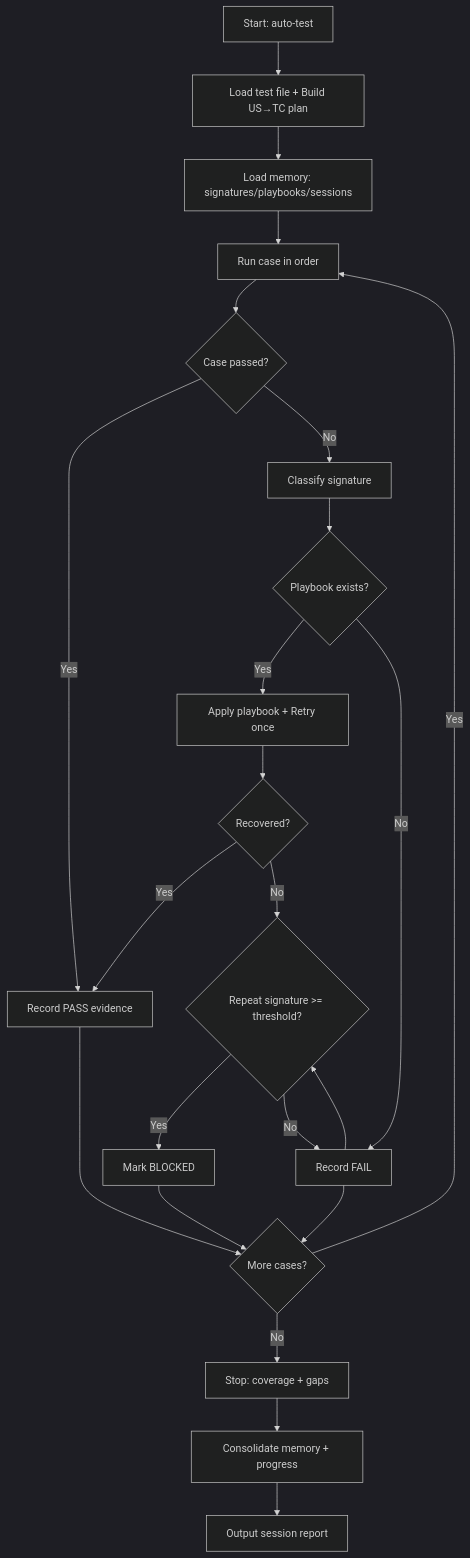
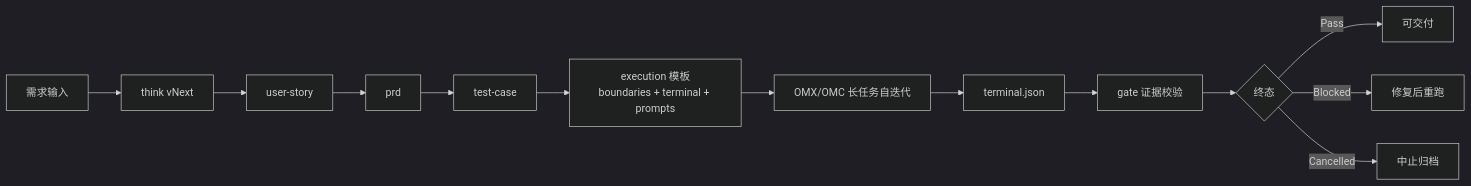
One commit to justin-mc-lai/product-toolkit changed the diagram in README.md. Above: the diagram before and after it, drawn with Mermaid (dark theme). The commit also changed other lines of this file, not shown here.

````diff
--- a/README.md
+++ b/README.md
@@ -141,25 +83,15 @@
 ```mermaid
-flowchart TD
-    A[Start: auto-test] --> B[Load test file + Build US→TC plan]
-    B --> C[Load memory: signatures/playbooks/sessions]
-    C --> D[Run case in order]
-    D --> E{Case passed?}
-    E -- Yes --> F[Record PASS evidence]
-    E -- No --> G[Classify signature]
-    G --> H{Playbook exists?}
-    H -- Yes --> I[Apply playbook + Retry once]
-    H -- No --> J[Record FAIL]
-    I --> K{Recovered?}
-    K -- Yes --> F
-    K -- No --> L{Repeat signature >= threshold?}
-    J --> L
-    L -- Yes --> M[Mark BLOCKED]
-    L -- No --> J
-    F --> N{More cases?}
-    M --> N
-    J --> N
-    N -- Yes --> D
-    N -- No --> O[Stop: coverage + gaps]
-    O --> P[Consolidate memory + progress]
-    P --> Q[Output session report]
+flowchart LR
+    A[需求输入] --> B[think vNext]
+    B --> C[user-story]
+    C --> D[prd]
+    D --> E[test-case]
+    E --> F[execution 模板\nboundaries + terminal + prompts]
+    F --> G[OMX/OMC 长任务自迭代]
+    G --> H[terminal.json]
+    H --> I[gate 证据校验]
+    I --> J{终态}
+    J -->|Pass| K[可交付]
+    J -->|Blocked| L[修复后重跑]
+    J -->|Cancelled| M[中止归档]
 ```
````
